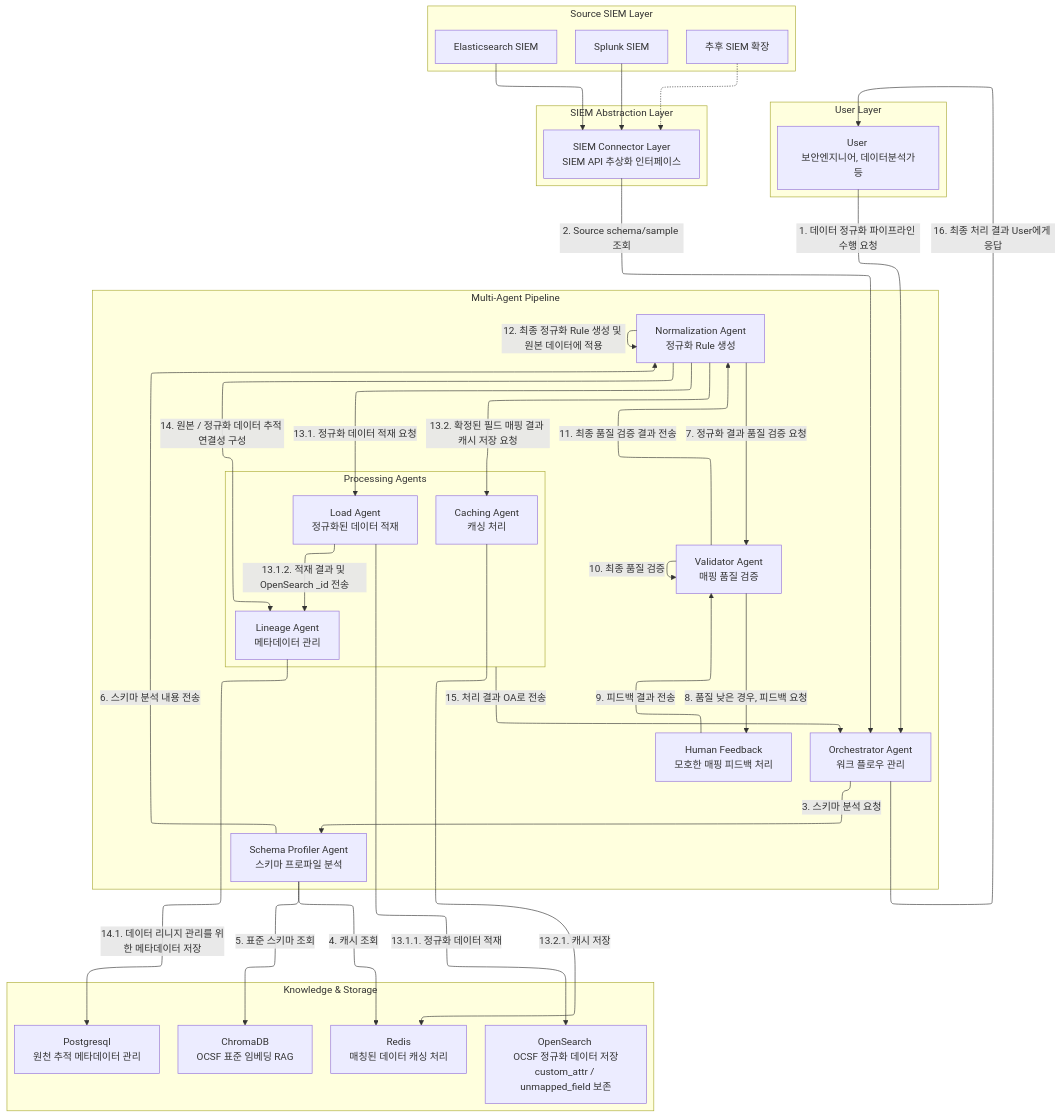
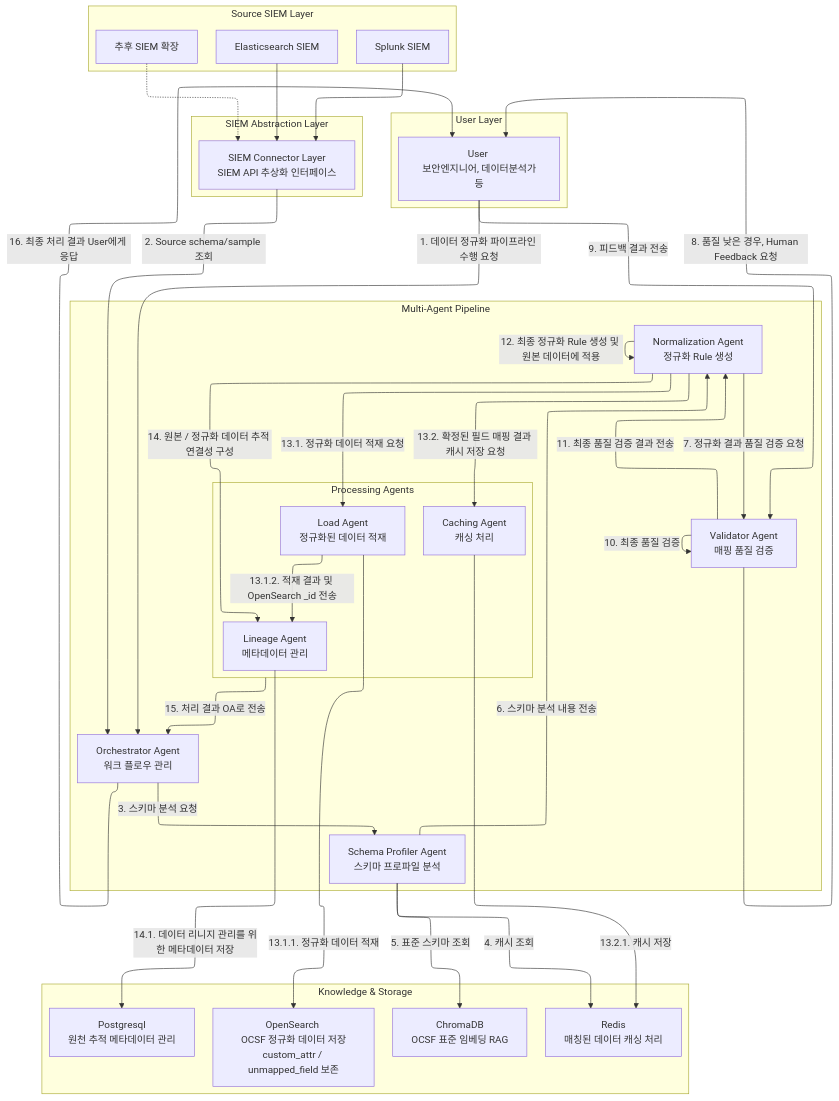
One commit to hobin01/ai-pro-scala-tui changed the diagram in scala-docs/PRD.md. Above: the diagram before and after it, drawn with Mermaid. The commit also changed other lines of this file and 3 other files, not shown here.

````diff
--- a/scala-docs/PRD.md
+++ b/scala-docs/PRD.md
@@ -118,70 +117,69 @@
 ```mermaid
 ---
 config:
   layout: elk
   elk:
     nodePlacementStrategy: LINEAR_SEGMENTS
     mergeEdges: true
 ---
 graph TD 
   subgraph SourceSIEM [Source SIEM Layer]
     ES[Elasticsearch SIEM] 
     SP[Splunk SIEM] 
     FUTURE[추후 SIEM 확장] 
   end 
 
   subgraph UserLayer [User Layer]
     US[User <br/> 보안엔지니어, 데이터분석가 등 ]
   end
 
   subgraph SIEMAbstraction [SIEM Abstraction Layer]
     CL[SIEM Connector Layer <br/> SIEM API 추상화 인터페이스] 
   end 
 
   subgraph MultiAgent [Multi-Agent Pipeline]
     OA[Orchestrator Agent <br/> 워크 플로우 관리] 
     PA[Schema Profiler Agent <br/> 스키마 프로파일 분석] 
     NA[Normalization Agent <br/> 정규화 Rule 생성] 
     VA[Validator Agent <br/> 매핑 품질 검증] 
-    HF[Human Feedback <br/> 모호한 매핑 피드백 처리]
     %% LO / CA / LA 를 하위 박스로 묶음
     subgraph ProcAgents [Processing Agents]
       LO[Load Agent <br/> 정규화된 데이터 적재]
       CA[Caching Agent <br/> 캐싱 처리]
       LA[Lineage Agent <br/> 메타데이터 관리] 
     end
   end 
 
   subgraph StorageLayer [Knowledge & Storage]
     RAG[ChromaDB <br/> OCSF 표준 임베딩 RAG] 
     RD[Redis <br/> 매칭된 데이터 캐싱 처리] 
     OS[OpenSearch <br/> OCSF 정규화 데이터 저장 custom_attr / unmapped_field 보존] 
     PO[Postgresql <br/> 원천 추적 메타데이터 관리] 
   end 
   
   ES --> CL 
   SP --> CL 
   FUTURE -.-> CL 
   US --> |1. 데이터 정규화 파이프라인 수행 요청| OA
   CL --> |2. Source schema/sample 조회| OA 
   OA --> |3. 스키마 분석 요청| PA 
   PA --> |4. 캐시 조회| RD 
   PA --> |5. 표준 스키마 조회| RAG 
   PA --> |6. 스키마 분석 내용 전송| NA 
   NA --> |7. 정규화 결과 품질 검증 요청| VA 
-  VA --> |8. 품질 낮은 경우, 피드백 요청| HF
-  HF --> |9. 피드백 결과 전송| VA
+  VA --> |8. 품질 낮은 경우, Human Feedback 요청| US
+  US --> |9. 피드백 결과 전송| VA
   VA --> |10. 최종 품질 검증| VA
   VA --> |11. 최종 품질 검증 결과 전송| NA
   NA --> |12. 최종 정규화 Rule 생성 및 원본 데이터에 적용|NA
   NA --> |13.1. 정규화 데이터 적재 요청| LO 
   LO --> |13.1.1. 정규화 데이터 적재| OS
   LO --> |13.1.2. 적재 결과 및 OpenSearch _id 전송| LA
   NA --> |13.2. 확정된 필드 매핑 결과 캐시 저장 요청| CA
   CA --> |13.2.1. 캐시 저장|RD
   NA --> |14. 원본 / 정규화 데이터 추적 연결성 구성| LA 
   LA --> |14.1. 데이터 리니지 관리를 위한 메타데이터 저장| PO
   %% 세 개의 결과 전송 엣지를 박스 -> OA 한 줄로 통합
   ProcAgents --> |15. 처리 결과 OA로 전송| OA
   OA --> |16. 최종 처리 결과 User에게 응답|US
 ```
````
